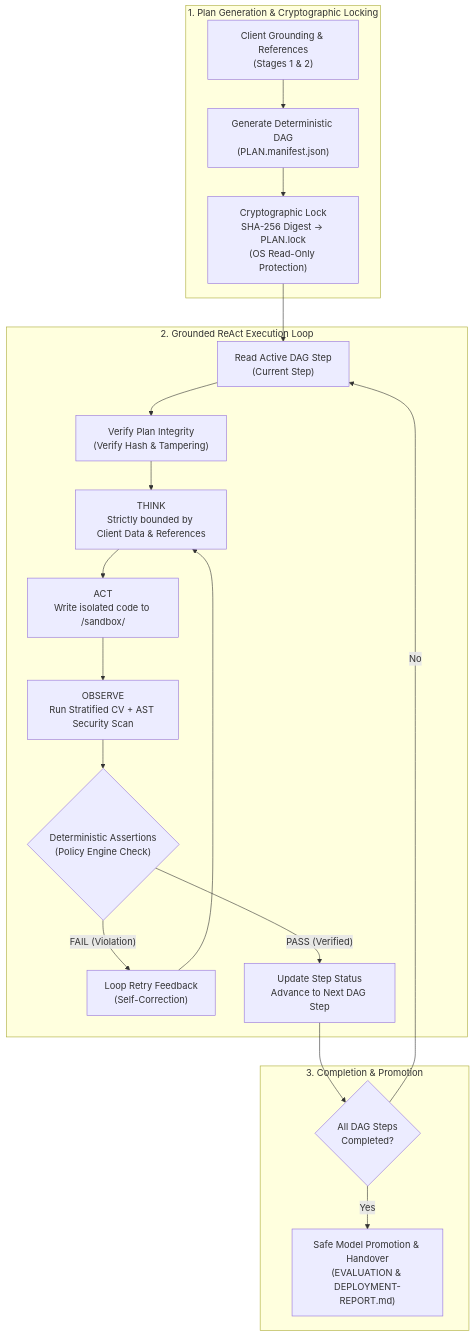
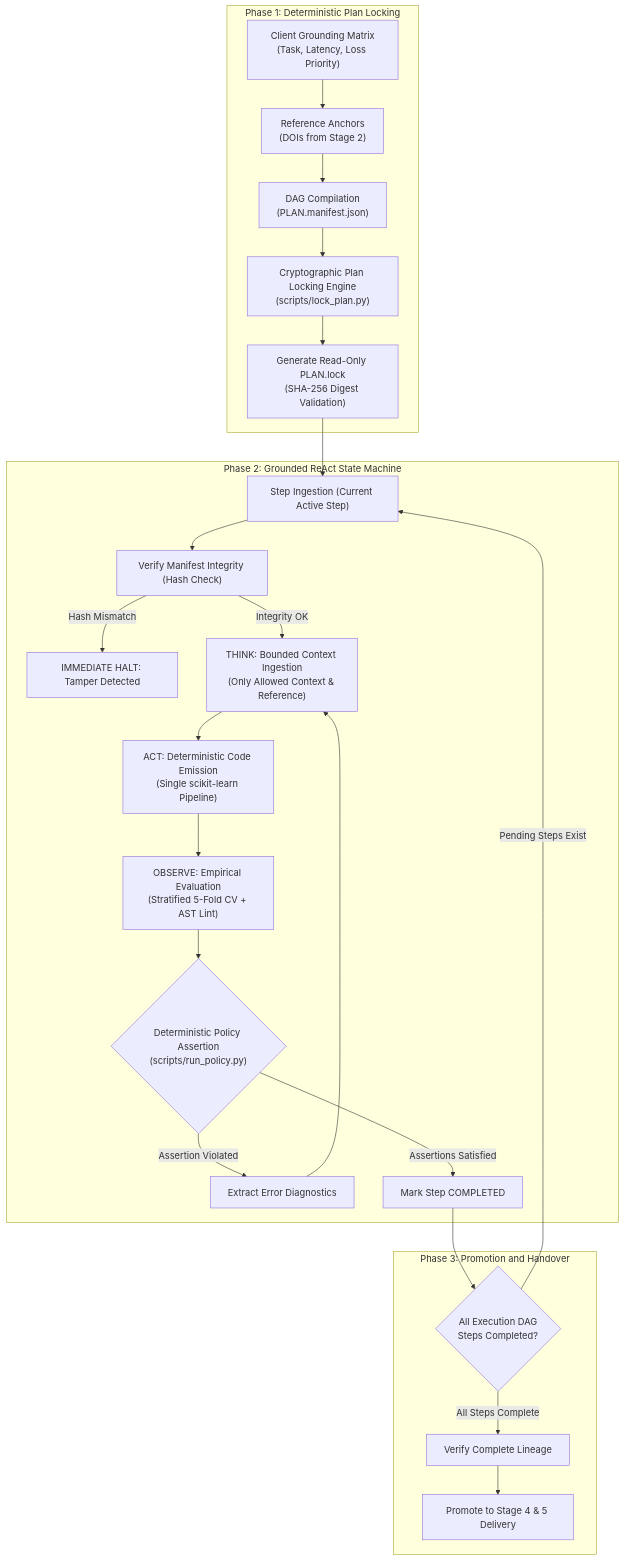
Before and after one commit to az967252-creator/ML-Model-Architect: the third of 3 diagrams in README.md, drawn with Mermaid. The commit also changed other lines of this file, not shown here.

````diff
--- a/README.md
+++ b/README.md
@@ -150,25 +186,29 @@
 ```mermaid
 flowchart TD
-    subgraph S1["1. Plan Generation & Cryptographic Locking"]
-        A["Client Grounding & References<br/>(Stages 1 & 2)"] --> B["Generate Deterministic DAG<br/>(PLAN.manifest.json)"]
-        B --> C["Cryptographic Lock<br/>SHA-256 Digest -> PLAN.lock<br/>(OS Read-Only Protection)"]
+    subgraph PHASE1["Phase 1: Deterministic Plan Locking"]
+        P1["Client Grounding Matrix<br/>(Task, Latency, Loss Priority)"] --> P2["Reference Anchors<br/>(DOIs from Stage 2)"]
+        P2 --> P3["DAG Compilation<br/>(PLAN.manifest.json)"]
+        P3 --> P4["Cryptographic Plan Locking Engine<br/>(scripts/lock_plan.py)"]
+        P4 --> P5["Generate Read-Only PLAN.lock<br/>(SHA-256 Digest Validation)"]
     end
 
-    subgraph S2["2. Grounded ReAct Execution Loop"]
-        C --> D["Read Active DAG Step<br/>(Current Step)"]
-        D --> E["Verify Plan Integrity<br/>(Verify Hash & Tampering)"]
-        E --> F["THINK<br/>Strictly bounded by Client Data & References"]
-        F --> G["ACT<br/>Write isolated code to /sandbox/"]
-        G --> H["OBSERVE<br/>Run Stratified CV + AST Security Scan"]
-        H --> I{"Deterministic Assertions<br/>(Policy Engine Check)"}
-        I -- "FAIL (Violation)" --> J["Loop Retry Feedback<br/>(Self-Correction)"]
-        J --> F
-        I -- "PASS (Verified)" --> K["Update Step Status<br/>Advance to Next DAG Step"]
+    subgraph PHASE2["Phase 2: Grounded ReAct State Machine"]
+        P5 --> R1["Step Ingestion (Current Active Step)"]
+        R1 --> R2["Verify Manifest Integrity (Hash Check)"]
+        R2 -- "Hash Mismatch" --> HALT["IMMEDIATE HALT: Tamper Detected"]
+        R2 -- "Integrity OK" --> R3["THINK: Bounded Context Ingestion<br/>(Only Allowed Context & Reference)"]
+        R3 --> R4["ACT: Deterministic Code Emission<br/>(Single scikit-learn Pipeline)"]
+        R4 --> R5["OBSERVE: Empirical Evaluation<br/>(Stratified 5-Fold CV + AST Lint)"]
+        R5 --> R6{"Deterministic Policy Assertion<br/>(scripts/run_policy.py)"}
+        R6 -- "Assertion Violated" --> R7["Extract Error Diagnostics"]
+        R7 --> R3
+        R6 -- "Assertions Satisfied" --> R8["Mark Step COMPLETED"]
     end
 
-    subgraph S3["3. Completion & Promotion"]
-        K --> L{"All DAG Steps<br/>Completed?"}
-        L -- "No" --> D
-        L -- "Yes" --> M["Safe Model Promotion & Handover<br/>(EVALUATION & DEPLOYMENT-REPORT.md)"]
+    subgraph PHASE3["Phase 3: Promotion and Handover"]
+        R8 --> Q1{"All Execution DAG<br/>Steps Completed?"}
+        Q1 -- "Pending Steps Exist" --> R1
+        Q1 -- "All Steps Complete" --> Q2["Verify Complete Lineage"]
+        Q2 --> Q3["Promote to Stage 4 & 5 Delivery"]
     end
 ```
````
